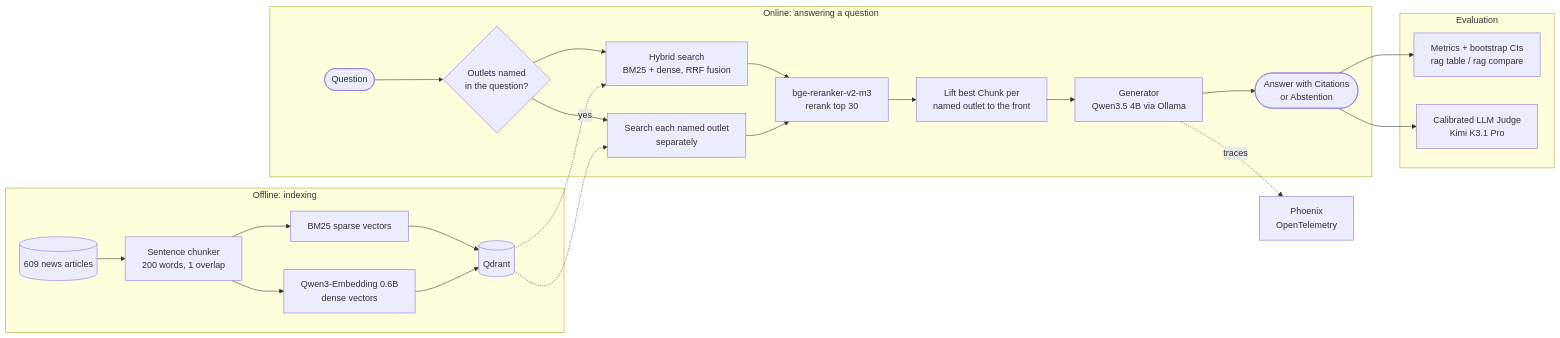
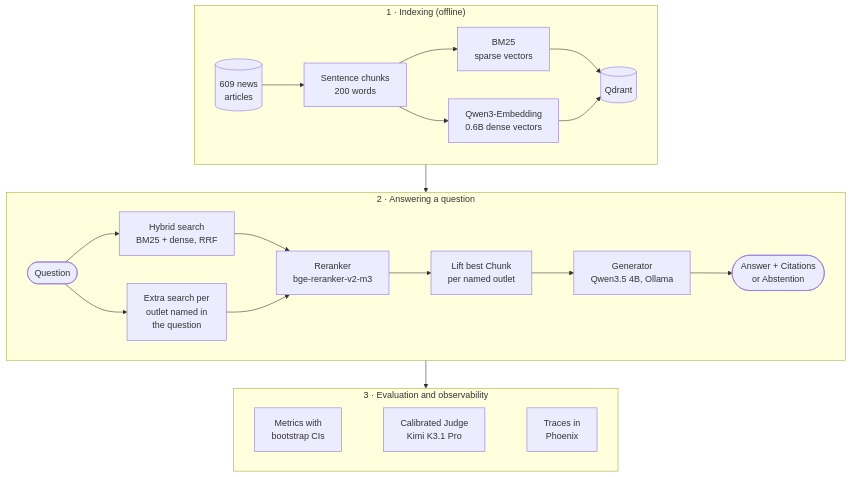
The diagram in README.md (ethereal-ctrl/rag-pipeline), drawn with Mermaid before and after one commit.

Commit message:
Stack the architecture diagram vertically so it stays readable

````diff
--- a/README.md
+++ b/README.md
@@ -27,31 +27,30 @@
 ```mermaid
-flowchart LR
-    subgraph Offline["Offline: indexing"]
-        A[(609 news articles)] --> B[Sentence chunker<br/>200 words, 1 overlap]
-        B --> C[BM25 sparse vectors]
-        B --> D[Qwen3-Embedding 0.6B<br/>dense vectors]
+flowchart TB
+    subgraph Offline["1 · Indexing (offline)"]
+        direction LR
+        A[(609 news<br/>articles)] --> B[Sentence chunks<br/>200 words]
+        B --> C[BM25<br/>sparse vectors]
+        B --> D[Qwen3-Embedding<br/>0.6B dense vectors]
         C --> Q[(Qdrant)]
         D --> Q
     end
 
-    subgraph Online["Online: answering a question"]
-        U([Question]) --> S{Outlets named<br/>in the question?}
-        S --> H[Hybrid search<br/>BM25 + dense, RRF fusion]
-        S -- yes --> P[Search each named outlet<br/>separately]
-        H --> R[bge-reranker-v2-m3<br/>rerank top 30]
+    subgraph Online["2 · Answering a question"]
+        direction LR
+        U([Question]) --> H[Hybrid search<br/>BM25 + dense, RRF]
+        U --> P[Extra search per<br/>outlet named in<br/>the question]
+        H --> R[Reranker<br/>bge-reranker-v2-m3]
         P --> R
-        R --> L[Lift best Chunk per<br/>named outlet to the front]
-        L --> G[Generator<br/>Qwen3.5 4B via Ollama]
-        G --> O([Answer with Citations<br/>or Abstention])
+        R --> L[Lift best Chunk<br/>per named outlet]
+        L --> G[Generator<br/>Qwen3.5 4B, Ollama]
+        G --> O([Answer + Citations<br/>or Abstention])
     end
 
-    Q -.-> H
-    Q -.-> P
-
-    subgraph Eval["Evaluation"]
-        O --> M[Metrics + bootstrap CIs<br/>rag table / rag compare]
-        O --> J[Calibrated LLM Judge<br/>Kimi K3.1 Pro]
+    subgraph Eval["3 · Evaluation and observability"]
+        direction LR
+        M[Metrics with<br/>bootstrap CIs] ~~~ J[Calibrated Judge<br/>Kimi K3.1 Pro] ~~~ T[Traces in<br/>Phoenix]
     end
 
-    G -. traces .-> T[Phoenix<br/>OpenTelemetry]
+    Offline --> Online
+    Online --> Eval
 ```
````
